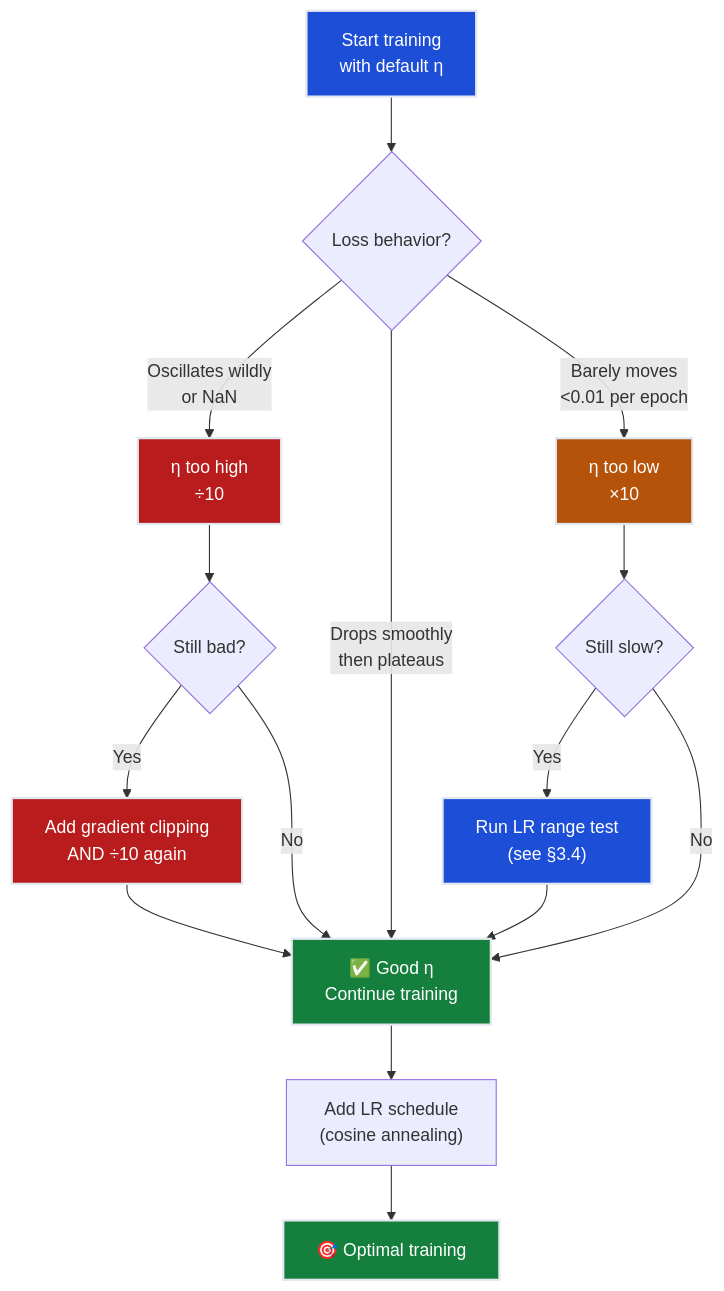
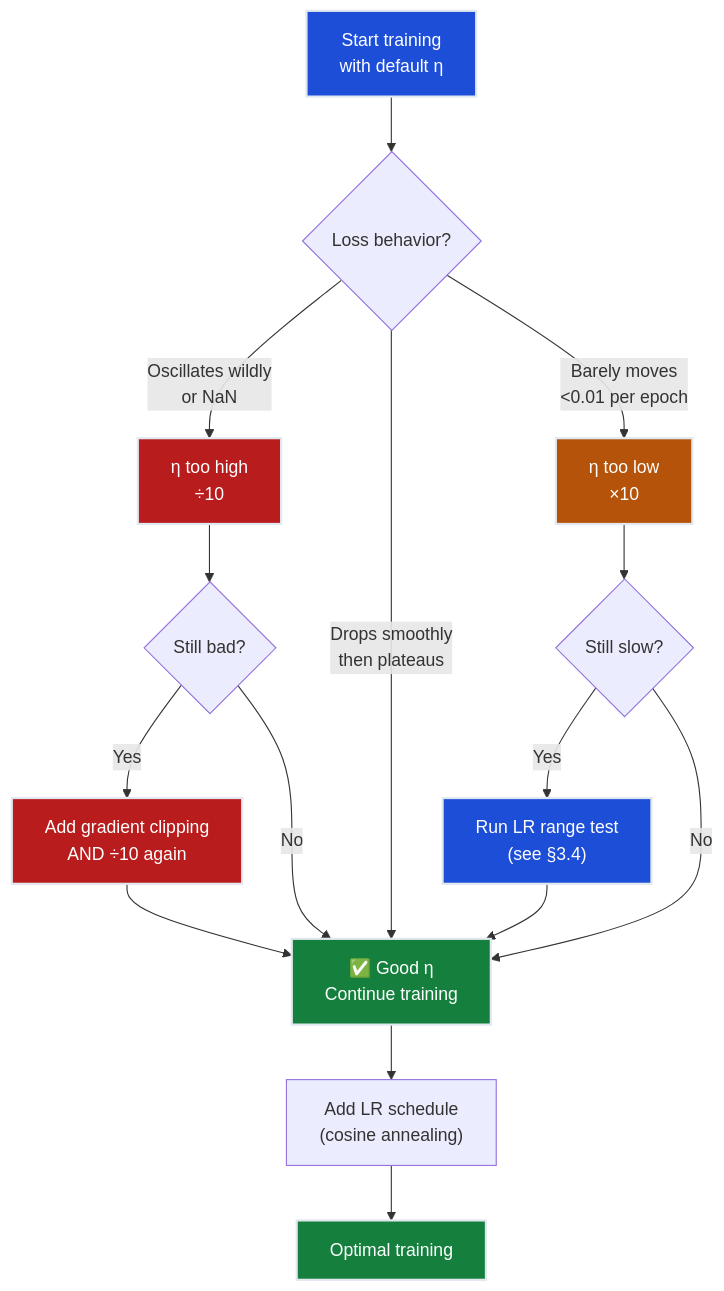
One commit to deepakshamsft/ai-portfolio changed the fourth of 4 diagrams in notes/ML/03-NeuralNetworks/ch03-backprop-optimisers/README.md. Above: the diagram before and after it, drawn with Mermaid. The commit also changed other lines of this file and 50 other files, not shown here.

````diff
--- a/notes/ML/03-NeuralNetworks/ch03-backprop-optimisers/README.md
+++ b/notes/ML/03-NeuralNetworks/ch03-backprop-optimisers/README.md
@@ -539,30 +539,30 @@
 ```mermaid
 flowchart TD
     START["Start training<br/>with default η"] --> CHECK{"Loss behavior?"}
     
     CHECK -->|"Oscillates wildly<br/>or NaN"| TOOHIGH["η too high<br/>÷10"]
     CHECK -->|"Drops smoothly<br/>then plateaus"| GOOD["✅ Good η<br/>Continue training"]
     CHECK -->|"Barely moves<br/><0.01 per epoch"| TOOLOW["η too low<br/>×10"]
     
     TOOHIGH --> RECHECK1{"Still bad?"}
     RECHECK1 -->|Yes| CLIP["Add gradient clipping<br/>AND ÷10 again"]
     RECHECK1 -->|No| GOOD
     
     TOOLOW --> RECHECK2{"Still slow?"}
     RECHECK2 -->|Yes| RANGE["Run LR range test<br/>(see §3.4)"]
     RECHECK2 -->|No| GOOD
     
     CLIP --> GOOD
     RANGE --> GOOD
     
     GOOD --> SCHEDULE["Add LR schedule<br/>(cosine annealing)"]
-    SCHEDULE --> FINAL["🎯 Optimal training"]
+    SCHEDULE --> FINAL["Optimal training"]
     
     style START fill:#1d4ed8,stroke:#e2e8f0,stroke-width:2px,color:#ffffff
     style GOOD fill:#15803d,stroke:#e2e8f0,stroke-width:2px,color:#ffffff
     style FINAL fill:#15803d,stroke:#e2e8f0,stroke-width:2px,color:#ffffff
     style TOOHIGH fill:#b91c1c,stroke:#e2e8f0,stroke-width:2px,color:#ffffff
     style TOOLOW fill:#b45309,stroke:#e2e8f0,stroke-width:2px,color:#ffffff
     style CLIP fill:#b91c1c,stroke:#e2e8f0,stroke-width:2px,color:#ffffff
     style RANGE fill:#1d4ed8,stroke:#e2e8f0,stroke-width:2px,color:#ffffff
 ```
````
